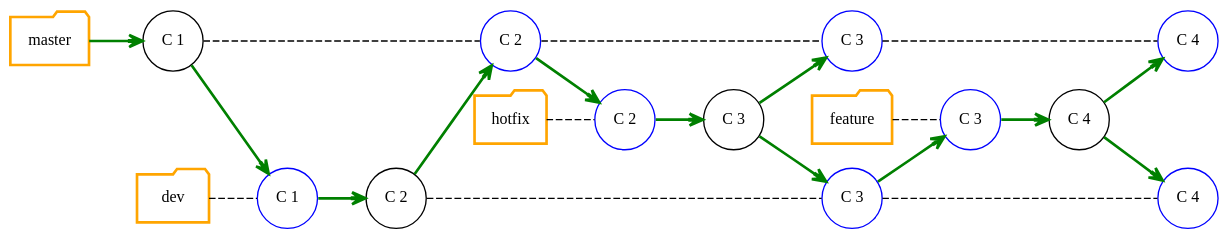
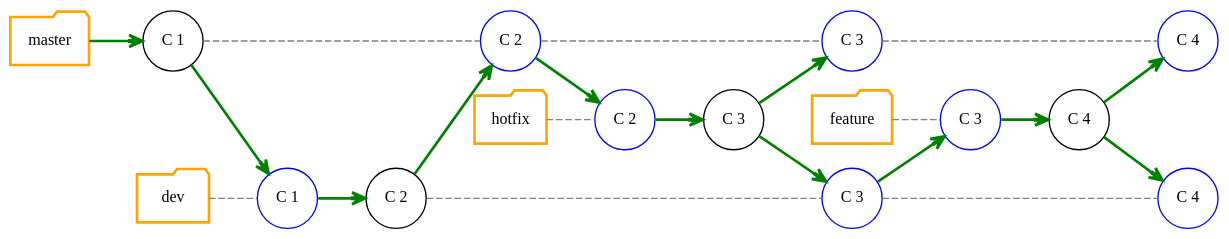
One commit to Gepardec/git-training changed the diagram in slides/intro/src/docs/asciidoc/graphviz/git-branch-model.dot. Above: the diagram before and after it, drawn with Graphviz. The commit also changed 8 other files, not shown here.

Commit message:
- Some changes on graphs - Added section about git commit, branch, tags (labels in common)

```diff
--- a/slides/intro/src/docs/asciidoc/graphviz/git-branch-model.dot
+++ b/slides/intro/src/docs/asciidoc/graphviz/git-branch-model.dot
@@ -1,77 +1,77 @@
 digraph git_branch_model {
   splines=line
   rankdir="LR"
   bgcolor="transparent"
 
   /* Global Node/Edge config */
   edge[arrowhead=open]
 
   /* Nodes representing the branches */
   node[ fontsize=12.0,style="bold", shape=folder, color=orange]
   master [group="master"]
   dev [group="dev"]
   hotfix [group="hotfix"]
   feature [group="feature"]
 
   /* Nodes representing commit */
   node[ fontsize=12.0,style="",shape=circle, color=""]
   C_1[label="C 1", group="master"]
   C_2[label="C 2", group="dev"]
   C_3[label="C 3", group="hotfix"]
   C_4[label="C 4", group="feature"]
 
   /* Nodes representing pointer */
   node[color="blue"]
   C_2_M [label="C 2", group="master"]
   C_3_M [label="C 3", group="master"]
   C_1_D [label="C 1", group="dev"]
   C_3_D [label="C 3", group="dev"]
   C_2_H [label="C 2", group="hotfix"]
   C_3_F [label="C 3", group="feature"]
   C_4_D [label="C 4", group="dev"]
   C_4_M [label="C 4", group="master"]
 
   /* Connect hidden branch name nodes
   master -> dev -> hotfix -> feature  [style="invis"] */
 
-  edge[arrowhead=none, style="dashed"]
+  edge[arrowhead=none, style="dashed",color=gray]
   /* Define master branch commits */
   master -> C_1 [arrowhead=open, color="green", style="bold"]
   C_1 -> C_2_M [arrowhead=none, style="dashed"]
   C_2_M -> C_3_M
   C_3_M -> C_4_M
 
   /* Define dev branch commits */
   dev -> C_1_D
   C_1_D -> C_2 [arrowhead=open, color="green", style="bold"]
   C_2 -> C_3_D
   C_3_D -> C_4_D
 
   /* Define hotfix branch commits */
   hotfix -> C_2_H
   C_2_H -> C_3 [arrowhead=open, color="green", style="bold"]
 
   /* Define feature branch commits */
   feature -> C_3_F
   C_3_F -> C_4 [arrowhead=open, color="green", style="bold"]
 
   edge[color="green", arrowhead=open,  style="bold"]
   /* 1. inter branch commit */
   C_1 -> C_1_D
 
   /* 2. inter branch commit */
   C_2 -> C_2_M
 
   /* 3.  inter branch commit */
   C_2_M -> C_2_H
 
   /* 4.  inter branch commit */
   C_3 -> { C_3_D C_3_M }
 
   /* 5. inter branch commit */
   C_3_D -> C_3_F
 
   /* 5. inter branch commit */
   C_4 -> {C_4_D C_4_M}
 
 }
```
